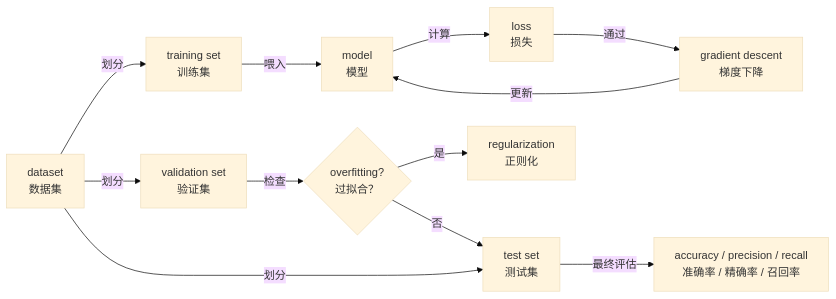
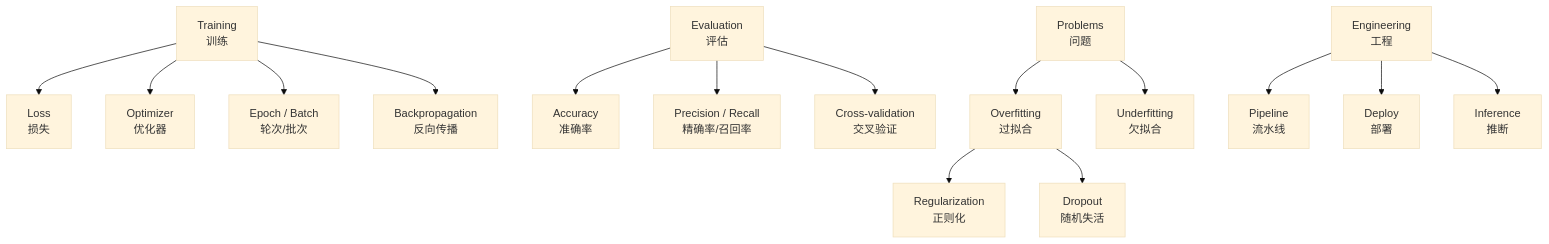
The diagram in 00_高中复习/02_英语基础/01_技术词汇/04_机器学习常用术语/04_机器学习常用术语.md (qq940500529/Artificial_Intelligence_Tutorial_CN), drawn with Mermaid (base theme) before and after one commit. The commit also changed other lines of this file and 4 other files, not shown here.

````diff
--- a/00_高中复习/02_英语基础/01_技术词汇/04_机器学习常用术语/04_机器学习常用术语.md
+++ b/00_高中复习/02_英语基础/01_技术词汇/04_机器学习常用术语/04_机器学习常用术语.md
@@ -135,14 +171,17 @@
 ```mermaid
-graph LR
-    D[dataset<br>数据集] -->|划分| TR[training set<br>训练集]
-    D -->|划分| VA[validation set<br>验证集]
-    D -->|划分| TE[test set<br>测试集]
-    TR -->|喂入| M[model<br>模型]
-    M -->|计算| L[loss<br>损失]
-    L -->|通过| GD[gradient descent<br>梯度下降]
-    GD -->|更新| M
-    VA -->|检查| OF{overfitting?<br>过拟合？}
-    OF -->|是| RG[regularization<br>正则化]
-    OF -->|否| TE
-    TE -->|最终评估| ACC[accuracy / precision / recall<br>准确率 / 精确率 / 召回率]
+graph TB
+    A[Training<br>训练] --> B[Loss<br>损失]
+    A --> C[Optimizer<br>优化器]
+    A --> D[Epoch / Batch<br>轮次/批次]
+    A --> E[Backpropagation<br>反向传播]
+    F[Evaluation<br>评估] --> G[Accuracy<br>准确率]
+    F --> H[Precision / Recall<br>精确率/召回率]
+    F --> I[Cross-validation<br>交叉验证]
+    J[Problems<br>问题] --> K[Overfitting<br>过拟合]
+    J --> L[Underfitting<br>欠拟合]
+    K --> M[Regularization<br>正则化]
+    K --> N[Dropout<br>随机失活]
+    O[Engineering<br>工程] --> P[Pipeline<br>流水线]
+    O --> Q[Deploy<br>部署]
+    O --> R[Inference<br>推断]
 ```
````
